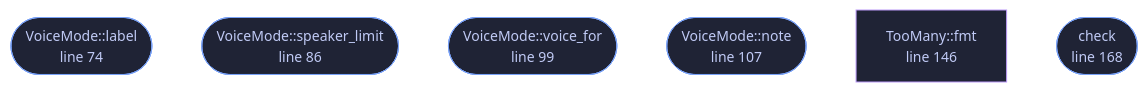
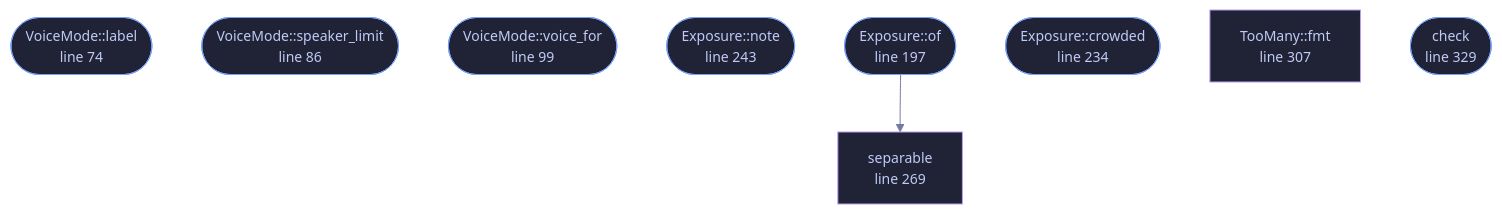
One commit to tilas01/veilvoice changed the diagram in docs/files/veilvoice-conversation/mode.md. Above: the diagram before and after it, drawn with Mermaid. The commit also changed other lines of this file and 30 other files, not shown here.

````diff
--- a/docs/files/veilvoice-conversation/mode.md
+++ b/docs/files/veilvoice-conversation/mode.md
@@ -115,20 +120,29 @@
 ```mermaid
 %%{init: {"theme":"base","themeVariables":{"background":"#1a1b26","primaryColor":"#1f2335","primaryTextColor":"#c0caf5","primaryBorderColor":"#7aa2f7","secondaryColor":"#16161e","tertiaryColor":"#16161e","lineColor":"#737aa2","textColor":"#c0caf5","mainBkg":"#1f2335","nodeBorder":"#7aa2f7","clusterBkg":"#16161e","clusterBorder":"#2f3549","fontFamily":"ui-monospace, SFMono-Regular, Consolas, monospace","fontSize":"14px"}}}%%
 flowchart TD
     n_label(["VoiceMode::label<br/>line 74"])
     n_speaker_limit(["VoiceMode::speaker_limit<br/>line 86"])
     n_voice_for(["VoiceMode::voice_for<br/>line 99"])
     n_note(["VoiceMode::note<br/>line 107"])
-    n_fmt["TooMany::fmt<br/>line 146"]
-    n_check(["check<br/>line 168"])
+    n_of(["Exposure::of<br/>line 197"])
+    n_crowded(["Exposure::crowded<br/>line 234"])
+    n_note(["Exposure::note<br/>line 243"])
+    n_separable["separable<br/>line 269"]
+    n_fmt["TooMany::fmt<br/>line 307"]
+    n_check(["check<br/>line 329"])
+    n_of --> n_separable
     click n_label href "https://github.com/tilas01/veilvoice/blob/main/crates/veilvoice-conversation/src/mode.rs#L74" "open the source"
     click n_speaker_limit href "https://github.com/tilas01/veilvoice/blob/main/crates/veilvoice-conversation/src/mode.rs#L86" "open the source"
     click n_voice_for href "https://github.com/tilas01/veilvoice/blob/main/crates/veilvoice-conversation/src/mode.rs#L99" "open the source"
     click n_note href "https://github.com/tilas01/veilvoice/blob/main/crates/veilvoice-conversation/src/mode.rs#L107" "open the source"
-    click n_fmt href "https://github.com/tilas01/veilvoice/blob/main/crates/veilvoice-conversation/src/mode.rs#L146" "open the source"
-    click n_check href "https://github.com/tilas01/veilvoice/blob/main/crates/veilvoice-conversation/src/mode.rs#L168" "open the source"
+    click n_of href "https://github.com/tilas01/veilvoice/blob/main/crates/veilvoice-conversation/src/mode.rs#L197" "open the source"
+    click n_crowded href "https://github.com/tilas01/veilvoice/blob/main/crates/veilvoice-conversation/src/mode.rs#L234" "open the source"
+    click n_note href "https://github.com/tilas01/veilvoice/blob/main/crates/veilvoice-conversation/src/mode.rs#L243" "open the source"
+    click n_separable href "https://github.com/tilas01/veilvoice/blob/main/crates/veilvoice-conversation/src/mode.rs#L269" "open the source"
+    click n_fmt href "https://github.com/tilas01/veilvoice/blob/main/crates/veilvoice-conversation/src/mode.rs#L307" "open the source"
+    click n_check href "https://github.com/tilas01/veilvoice/blob/main/crates/veilvoice-conversation/src/mode.rs#L329" "open the source"
     classDef entry fill:#1f2335,stroke:#7aa2f7,color:#c0caf5
-    class n_label,n_speaker_limit,n_voice_for,n_note,n_check entry
+    class n_label,n_speaker_limit,n_voice_for,n_note,n_of,n_crowded,n_note,n_check entry
     classDef helper fill:#1f2335,stroke:#bb9af7,color:#c0caf5
-    class n_fmt helper
+    class n_separable,n_fmt helper
 ```
````
